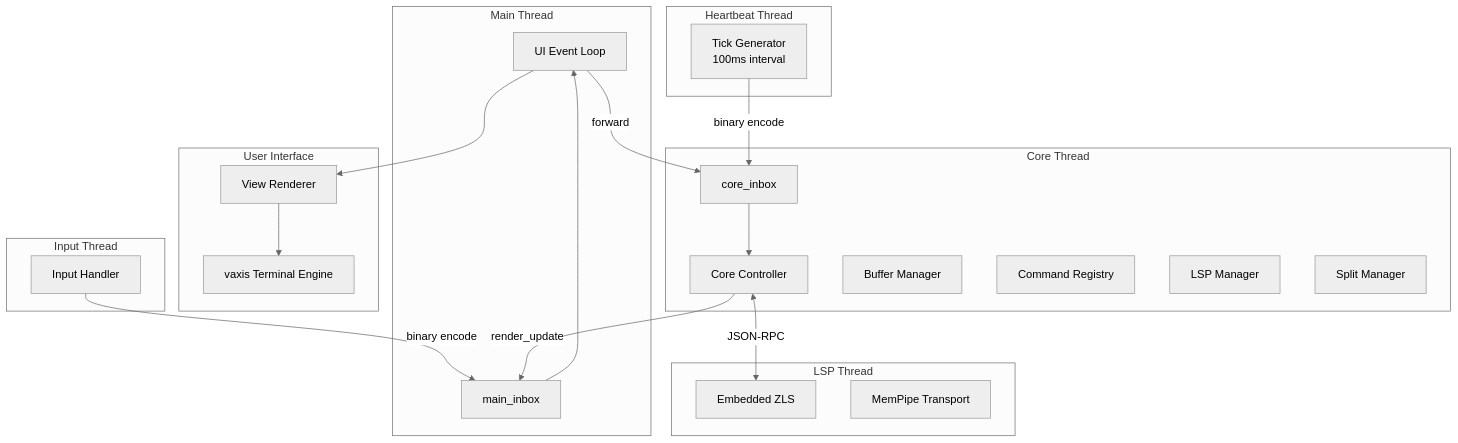
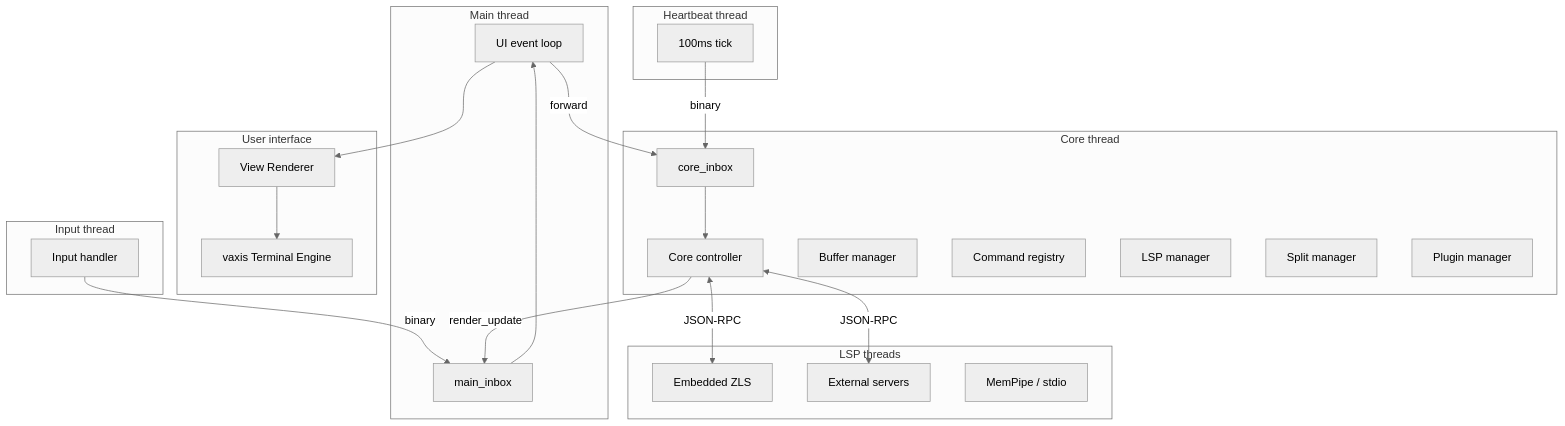
The first of 4 diagrams in docs/stem.md (ooyeku/stem), drawn with Mermaid (neutral theme) before and after one commit. The commit also changed other lines of this file and 6 other files, not shown here.

````diff
--- a/docs/stem.md
+++ b/docs/stem.md
@@ -11,44 +35,47 @@
 ```mermaid
 graph TB
-    subgraph "User Interface"
+    subgraph "User interface"
         VX[vaxis Terminal Engine]
         VIEW[View Renderer]
     end
-    
-    subgraph "Main Thread"
-        UI_LOOP[UI Event Loop]
+
+    subgraph "Main thread"
+        UI_LOOP[UI event loop]
         MAIN_INBOX[main_inbox]
     end
-    
-    subgraph "Input Thread"
-        INPUT[Input Handler]
+
+    subgraph "Input thread"
+        INPUT[Input handler]
     end
-    
-    subgraph "Heartbeat Thread"
-        TICK[Tick Generator<br/>100ms interval]
+
+    subgraph "Heartbeat thread"
+        TICK[100ms tick]
     end
-    
-    subgraph "Core Thread"
-        CORE[Core Controller]
+
+    subgraph "Core thread"
+        CORE[Core controller]
         CORE_INBOX[core_inbox]
-        BM[Buffer Manager]
-        CMD[Command Registry]
-        LSP[LSP Manager]
-        SPLIT[Split Manager]
+        BM[Buffer manager]
+        CMD[Command registry]
+        LSP[LSP manager]
+        SPLIT[Split manager]
+        PLUG[Plugin manager]
     end
-    
-    subgraph "LSP Thread"
+
+    subgraph "LSP threads"
         ZLS[Embedded ZLS]
-        TRANSPORT[MemPipe Transport]
+        EXTERNAL[External servers]
+        TRANSPORT[MemPipe / stdio]
     end
-    
-    INPUT -->|binary encode| MAIN_INBOX
-    TICK -->|binary encode| CORE_INBOX
+
+    INPUT -->|binary| MAIN_INBOX
+    TICK -->|binary| CORE_INBOX
     UI_LOOP -->|forward| CORE_INBOX
     CORE -->|render_update| MAIN_INBOX
     CORE <-->|JSON-RPC| ZLS
-    
+    CORE <-->|JSON-RPC| EXTERNAL
+
     MAIN_INBOX --> UI_LOOP
     CORE_INBOX --> CORE
     UI_LOOP --> VIEW --> VX
 ```
````
